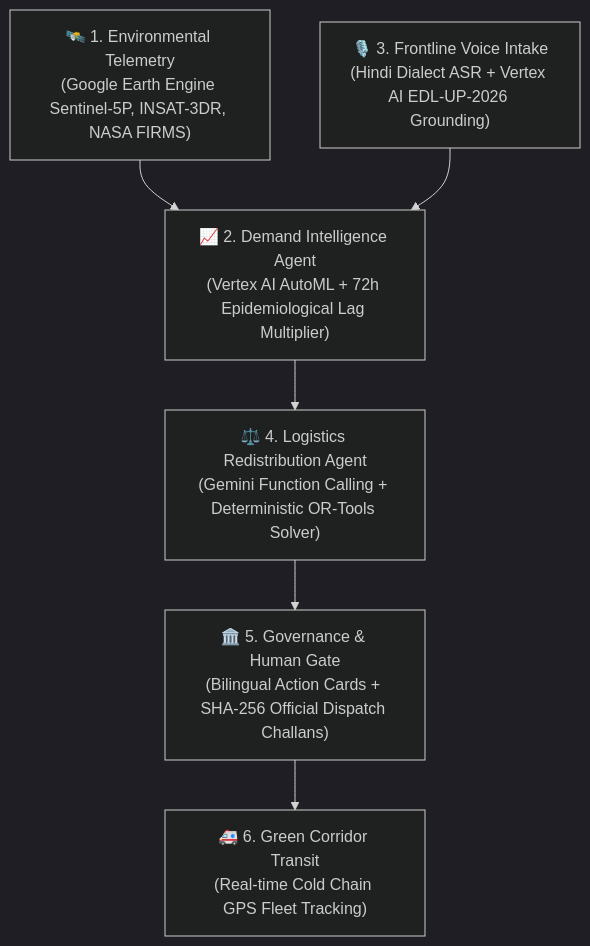
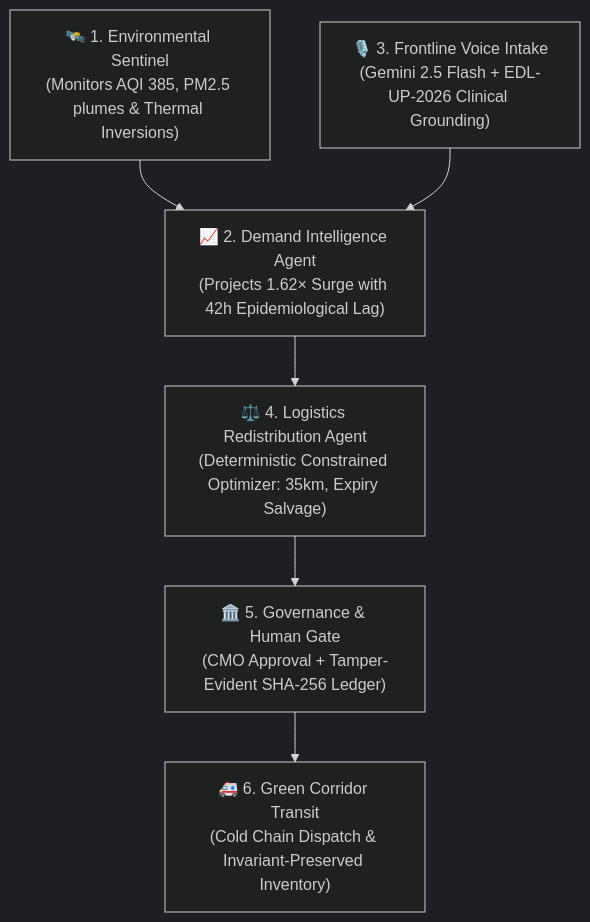
The first of 2 diagrams in README.md (Ritesh-Root/aarogya-vayu), drawn with Mermaid (dark theme) before and after one commit. The commit also changed other lines of this file and 16 other files, not shown here.

````diff
--- a/README.md
+++ b/README.md
@@ -34,8 +51,8 @@
 ```mermaid
 graph TD
-    A["🛰️ 1. Environmental Telemetry<br/>(Google Earth Engine Sentinel-5P, INSAT-3DR, NASA FIRMS)"] --> B["📈 2. Demand Intelligence Agent<br/>(Vertex AI AutoML + 72h Epidemiological Lag Multiplier)"]
-    C["🎙️ 3. Frontline Voice Intake<br/>(Hindi Dialect ASR + Vertex AI EDL-UP-2026 Grounding)"] --> B
-    B --> D["⚖️ 4. Logistics Redistribution Agent<br/>(Gemini Function Calling + Deterministic OR-Tools Solver)"]
-    D --> E["🏛️ 5. Governance & Human Gate<br/>(Bilingual Action Cards + SHA-256 Official Dispatch Challans)"]
-    E --> F["🚑 6. Green Corridor Transit<br/>(Real-time Cold Chain GPS Fleet Tracking)"]
+    A["🛰️ 1. Environmental Sentinel<br/>(Monitors AQI 385, PM2.5 plumes & Thermal Inversions)"] --> B["📈 2. Demand Intelligence Agent<br/>(Projects 1.62× Surge with 42h Epidemiological Lag)"]
+    C["🎙️ 3. Frontline Voice Intake<br/>(Gemini 2.5 Flash + EDL-UP-2026 Clinical Grounding)"] --> B
+    B --> D["⚖️ 4. Logistics Redistribution Agent<br/>(Deterministic Constrained Optimizer: 35km, Expiry Salvage)"]
+    D --> E["🏛️ 5. Governance & Human Gate<br/>(CMO Approval + Tamper-Evident SHA-256 Ledger)"]
+    E --> F["🚑 6. Green Corridor Transit<br/>(Cold Chain Dispatch & Invariant-Preserved Inventory)"]
 ```
````
